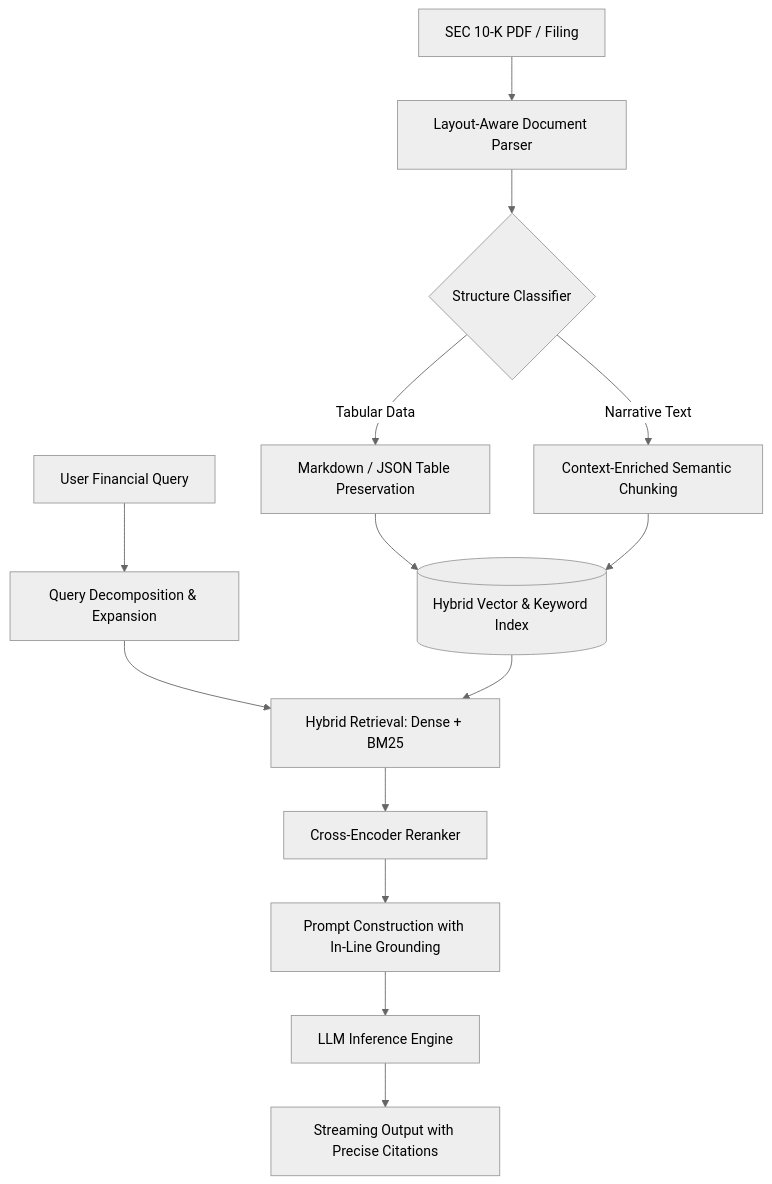
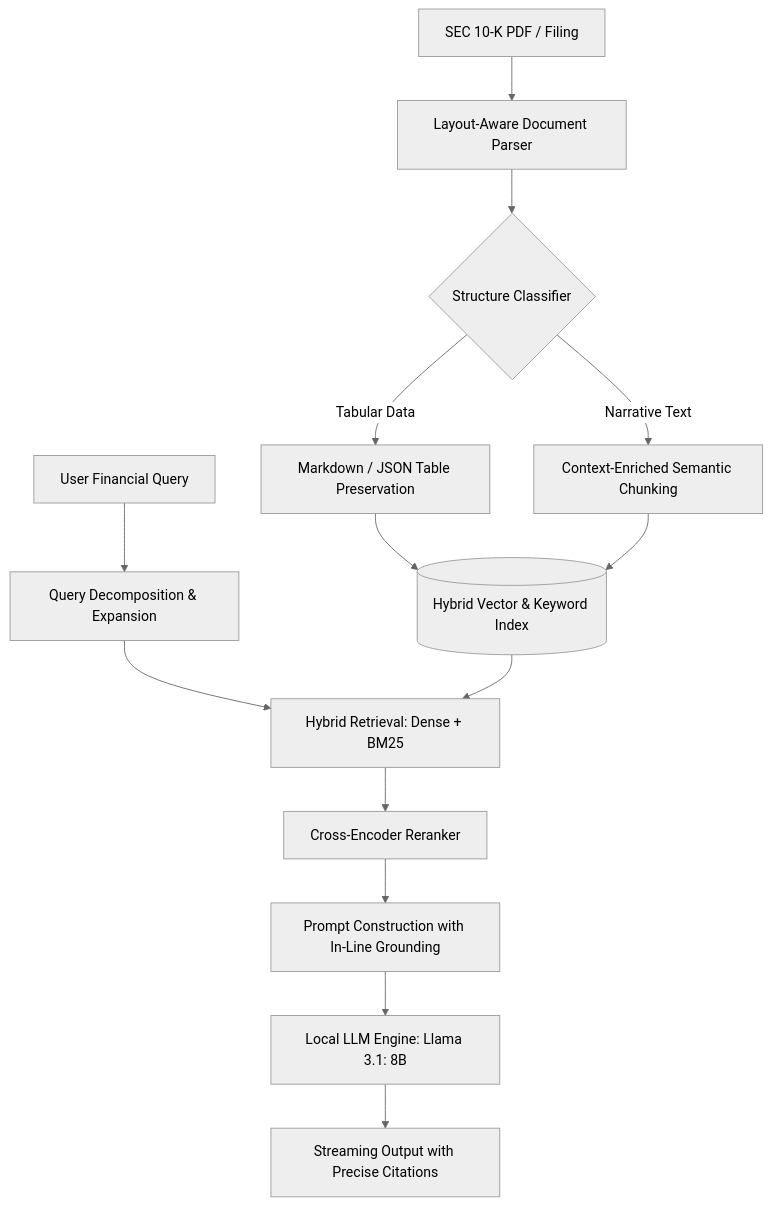
Before and after one commit to sundogya/rag_apple_financial_report: the diagram in README.md, drawn with Mermaid (neutral theme). The commit also changed other lines of this file, not shown here.

````diff
--- a/README.md
+++ b/README.md
@@ -27,19 +28,19 @@
 ```mermaid
 flowchart TD
     A[SEC 10-K PDF / Filing] --> B[Layout-Aware Document Parser]
     B --> C{Structure Classifier}
     C -->|Tabular Data| D[Markdown / JSON Table Preservation]
     C -->|Narrative Text| E[Context-Enriched Semantic Chunking]
     
     D --> F[(Hybrid Vector & Keyword Index)]
     E --> F
     
     G[User Financial Query] --> H[Query Decomposition & Expansion]
     H --> I[Hybrid Retrieval: Dense + BM25]
     F --> I
     
     I --> J[Cross-Encoder Reranker]
     J --> K[Prompt Construction with In-Line Grounding]
-    K --> L[LLM Inference Engine]
+    K --> L[Local LLM Engine: Llama 3.1: 8B]
     L --> M[Streaming Output with Precise Citations]
 ```
````
